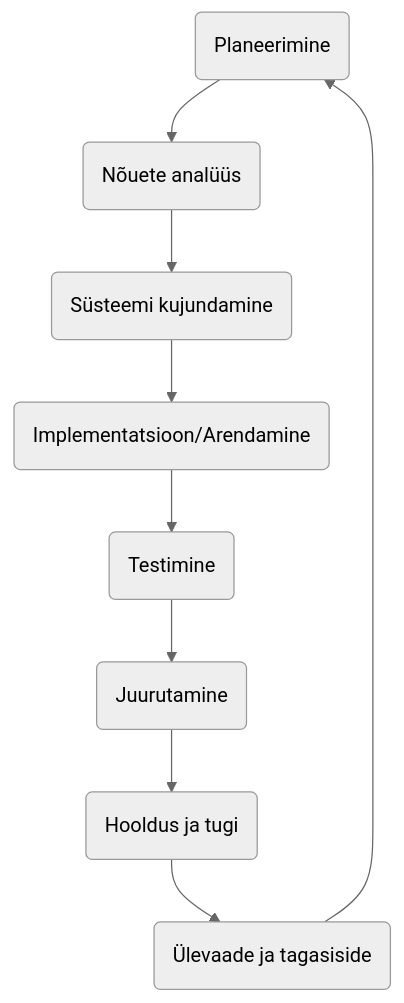
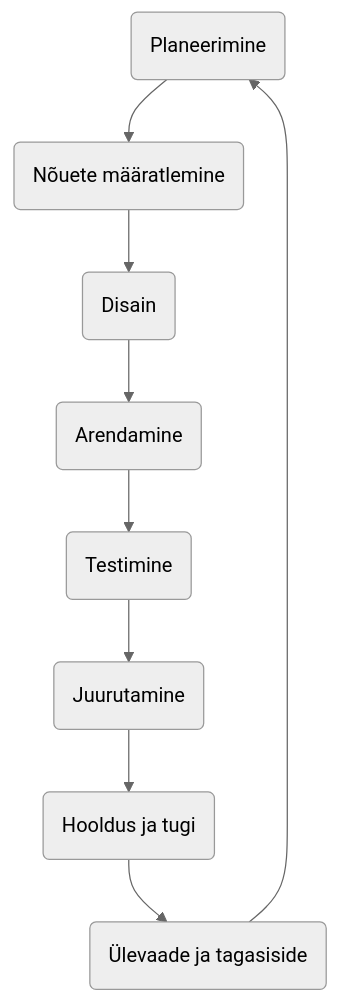
One commit to HK-Mikrokraadid/Veebiarendus changed the diagram in Subjects/Software-Development/Topics/SDLC/README.md. Above: the diagram before and after it, drawn with Mermaid (neutral theme). The commit also changed other lines of this file, not shown here.

````diff
--- a/Subjects/Software-Development/Topics/SDLC/README.md
+++ b/Subjects/Software-Development/Topics/SDLC/README.md
@@ -36,12 +34,12 @@
 ```mermaid
 graph TD
-  A(Planeerimine) --> B(Nõuete analüüs)
-  B --> C(Süsteemi kujundamine)
-  C --> D(Implementatsioon/Arendamine)
+  A(Planeerimine) --> B(Nõuete määratlemine)
+  B --> C(Disain)
+  C --> D(Arendamine)
   D --> E(Testimine)
   E --> F(Juurutamine)
   F --> G(Hooldus ja tugi)
   G --> H(Ülevaade ja tagasiside)
   H --> A
 
 ```
````
